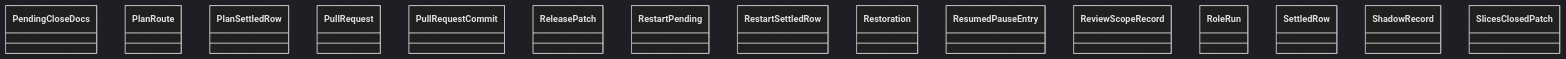
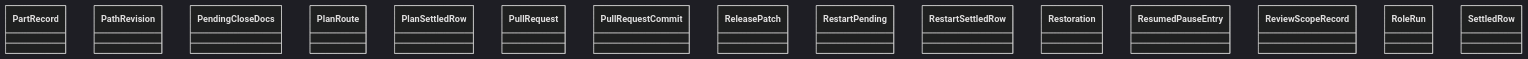
One commit to GonzaloZevallos/agentic-system changed the diagram in docs/architecture/generated/classes-process-domain-state-7.md. Above: the diagram before and after it, drawn with Mermaid (dark theme). The commit also changed 9 other files, not shown here.

````diff
--- a/docs/architecture/generated/classes-process-domain-state-7.md
+++ b/docs/architecture/generated/classes-process-domain-state-7.md
@@ -29,18 +29,18 @@
 ```mermaid
 classDiagram
+    class task__PartRecord["PartRecord"]
+    class task__PathRevision["PathRevision"]
     class task__PendingCloseDocs["PendingCloseDocs"]
     class task__PlanRoute["PlanRoute"]
     class task__PlanSettledRow["PlanSettledRow"]
     class task__PullRequest["PullRequest"]
     class task__PullRequestCommit["PullRequestCommit"]
     class task__ReleasePatch["ReleasePatch"]
     class task__RestartPending["RestartPending"]
     class task__RestartSettledRow["RestartSettledRow"]
     class task__Restoration["Restoration"]
     class task__ResumedPauseEntry["ResumedPauseEntry"]
     class task__ReviewScopeRecord["ReviewScopeRecord"]
     class task__RoleRun["RoleRun"]
     class task__SettledRow["SettledRow"]
-    class task__ShadowRecord["ShadowRecord"]
-    class task__SlicesClosedPatch["SlicesClosedPatch"]
 ```
````
